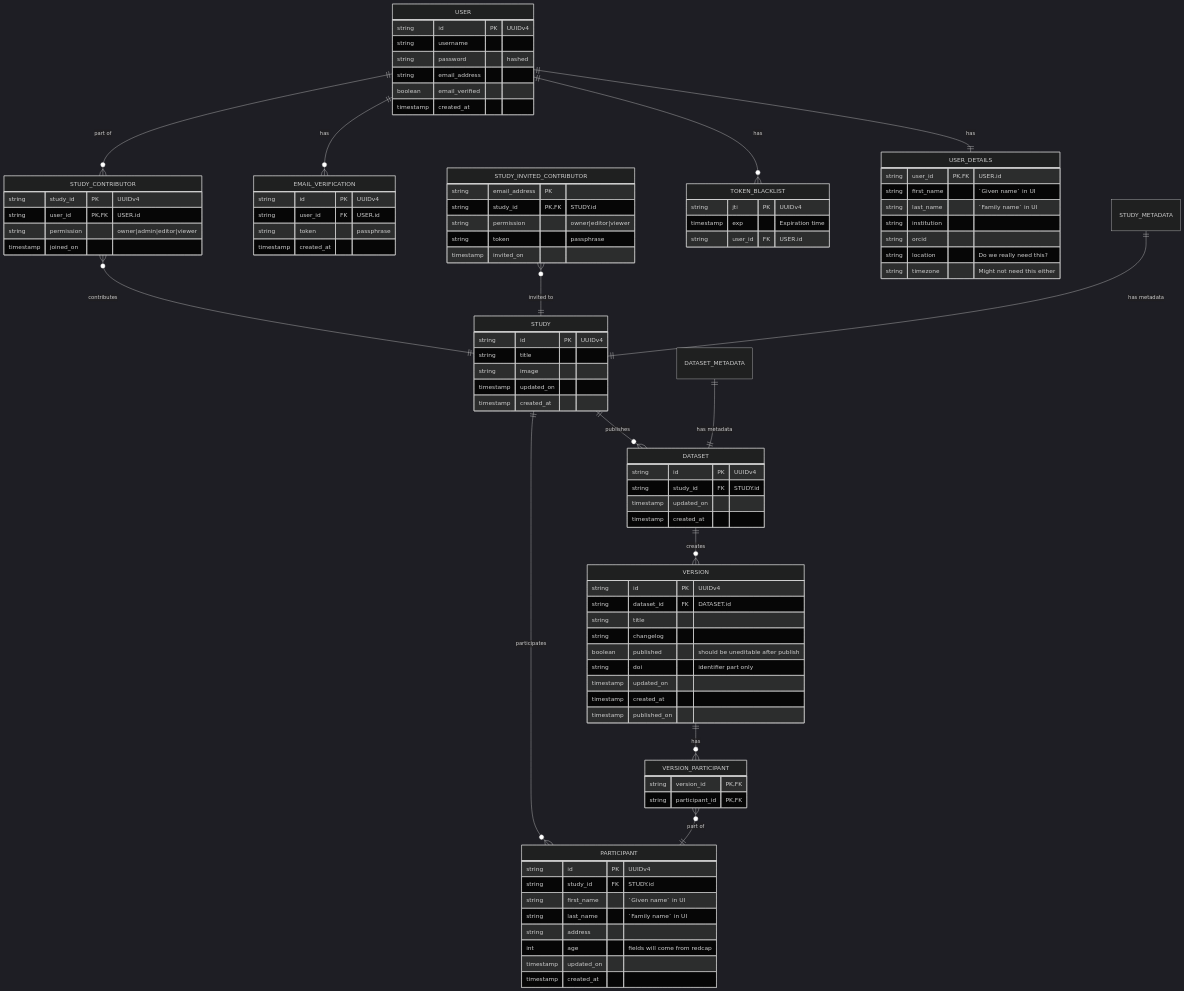
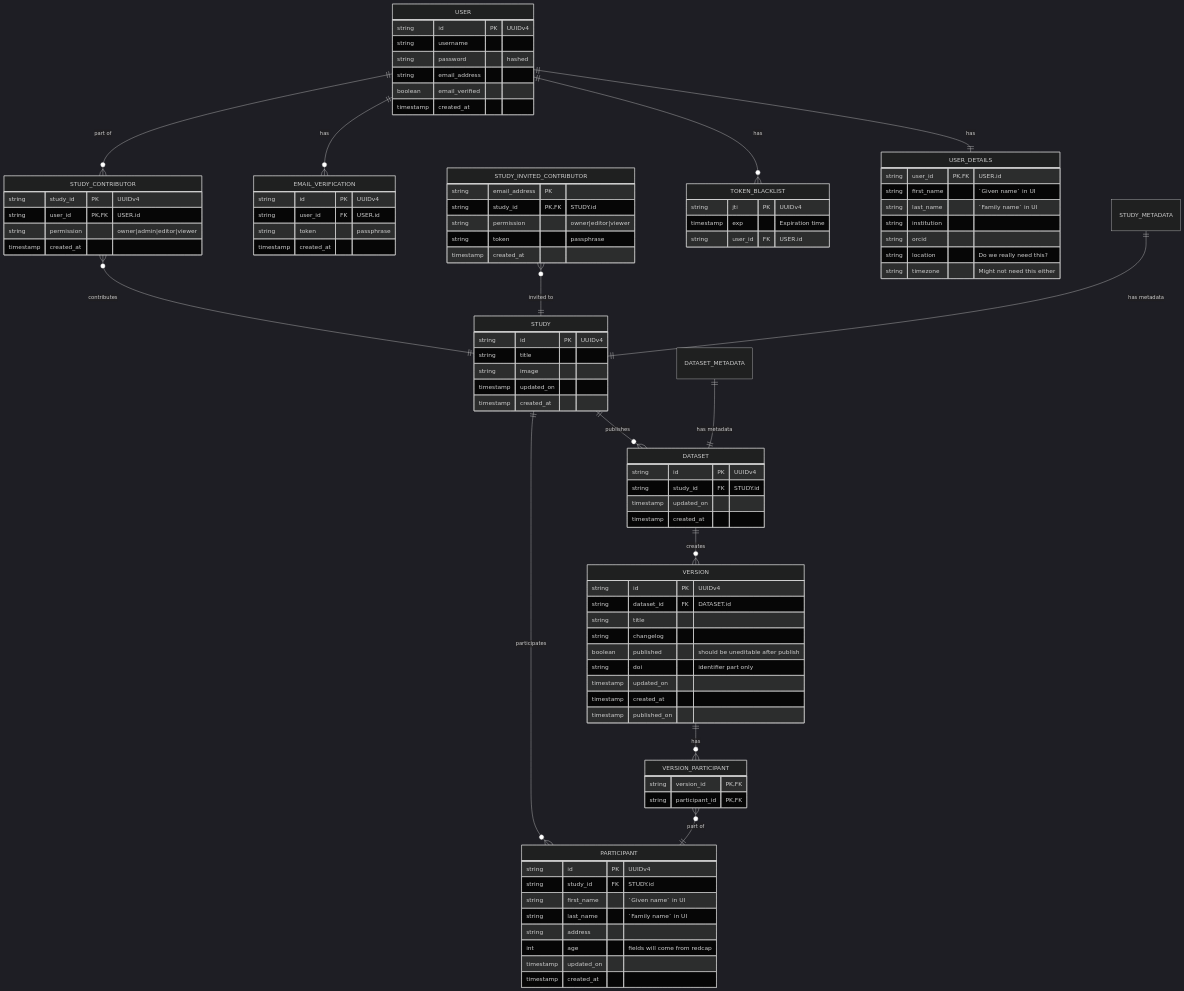
Before and after one commit to AI-READI/fairhub-app: the diagram in mermaid/mmd/er.mmd, drawn with Mermaid (dark theme). The commit also changed 1 other file, not shown here.

Commit message:
chore: 🔨 update db er

```diff
--- a/mermaid/mmd/er.mmd
+++ b/mermaid/mmd/er.mmd
@@ -1,111 +1,111 @@
 erDiagram
     STUDY {
         string id PK "UUIDv4"
         string title
         string image
         timestamp updated_on
         timestamp created_at
     }
 
     USER {
         string id PK "UUIDv4"
         string username
         string password "hashed"
         string email_address
         boolean email_verified 
         timestamp created_at
     }
 
     USER_DETAILS {
         string user_id PK,FK "USER.id"
         string first_name "`Given name` in UI"
         string last_name "`Family name` in UI"
         string institution
         string orcid
         string location "Do we really need this?"
         string timezone "Might not need this either"
     }
 
     STUDY_CONTRIBUTOR {
         string study_id PK "UUIDv4"
         string user_id PK,FK "USER.id"
         string permission "owner|admin|editor|viewer"
-        timestamp joined_on
+        timestamp created_at
     }
 
     STUDY_INVITED_CONTRIBUTOR {
         string email_address PK
         string study_id PK,FK "STUDY.id"
         string permission "owner|editor|viewer"
         string token "passphrase"
-        timestamp invited_on
+        timestamp created_at
     }
 
     PARTICIPANT {
         string id PK "UUIDv4"
         string study_id FK "STUDY.id"
         string first_name "`Given name` in UI"
         string last_name "`Family name` in UI"
         string address
         int age "fields will come from redcap"
         timestamp updated_on
         timestamp created_at
     }
 
     DATASET {
         string id PK "UUIDv4"
         string study_id FK "STUDY.id"
         timestamp updated_on
         timestamp created_at
     }
 
     VERSION {
         string id PK "UUIDv4"
         string dataset_id FK "DATASET.id"
         string title
         string changelog
         boolean published "should be uneditable after publish"
         string doi "identifier part only"
         timestamp updated_on
         timestamp created_at
         timestamp published_on
     }
 
      VERSION_PARTICIPANT {
         string version_id PK,FK
         string participant_id PK,FK
     }
 
     TOKEN_BLACKLIST {
         string jti PK "UUIDv4"
         timestamp exp "Expiration time"
         string user_id FK "USER.id"
     }
 
     EMAIL_VERIFICATION {
         string id PK "UUIDv4"
         string user_id FK "USER.id"
         string token "passphrase"
         timestamp created_at
     }
 
 
     STUDY_CONTRIBUTOR }o--|| STUDY : contributes
     STUDY_INVITED_CONTRIBUTOR }o--|| STUDY : "invited to"
     STUDY_METADATA ||--|| STUDY : "has metadata"
 
     STUDY ||--o{ DATASET : publishes
 
     DATASET_METADATA ||--|| DATASET : "has metadata"
 
     DATASET ||--o{ VERSION : creates
 
     USER ||--|| USER_DETAILS : "has"
     USER ||--o{ TOKEN_BLACKLIST : "has"
 
     USER ||--o{ EMAIL_VERIFICATION : "has"
 
     USER ||--o{ STUDY_CONTRIBUTOR : "part of"
     PARTICIPANT }o--|| STUDY : participates
     VERSION ||--o{ VERSION_PARTICIPANT : has
     VERSION_PARTICIPANT }o--|| PARTICIPANT : "part of"
```
